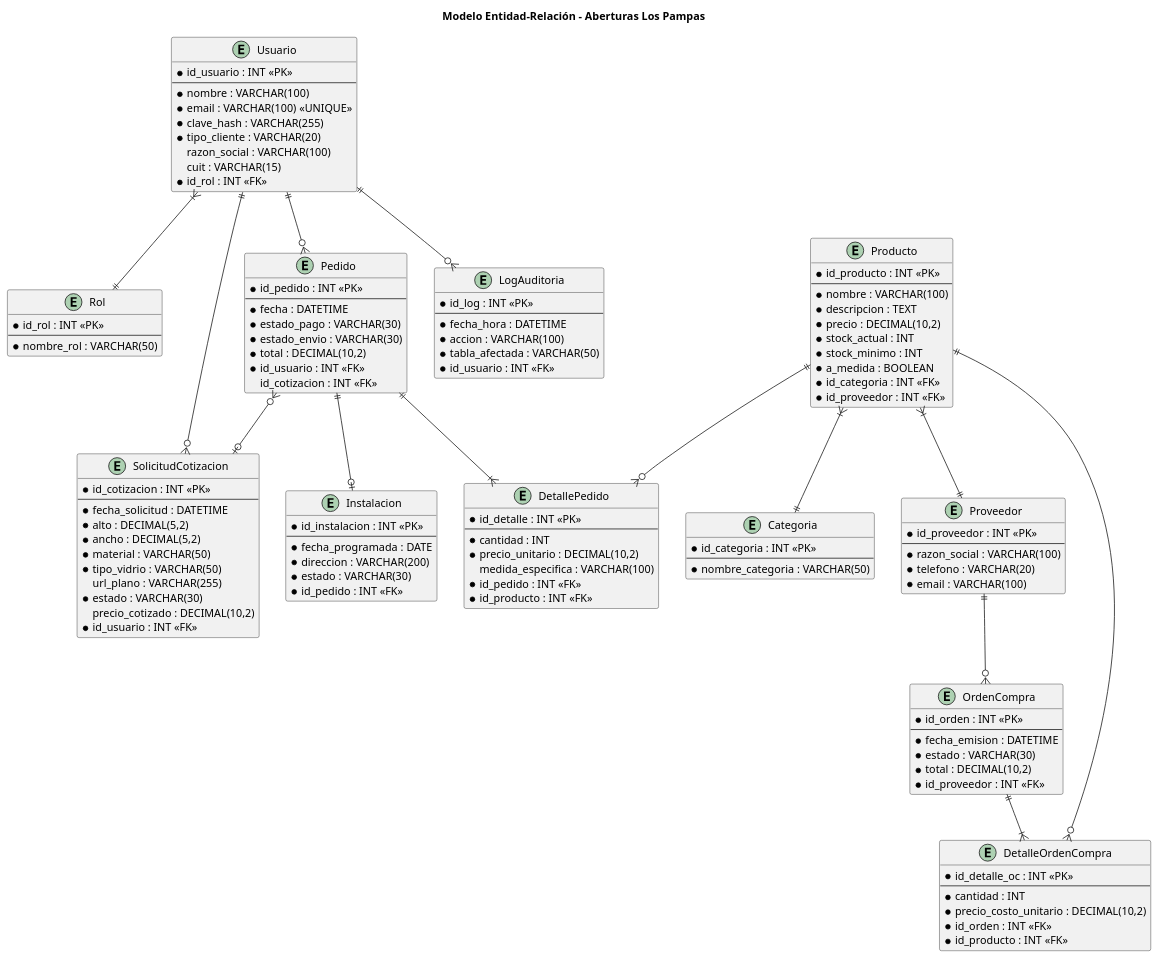
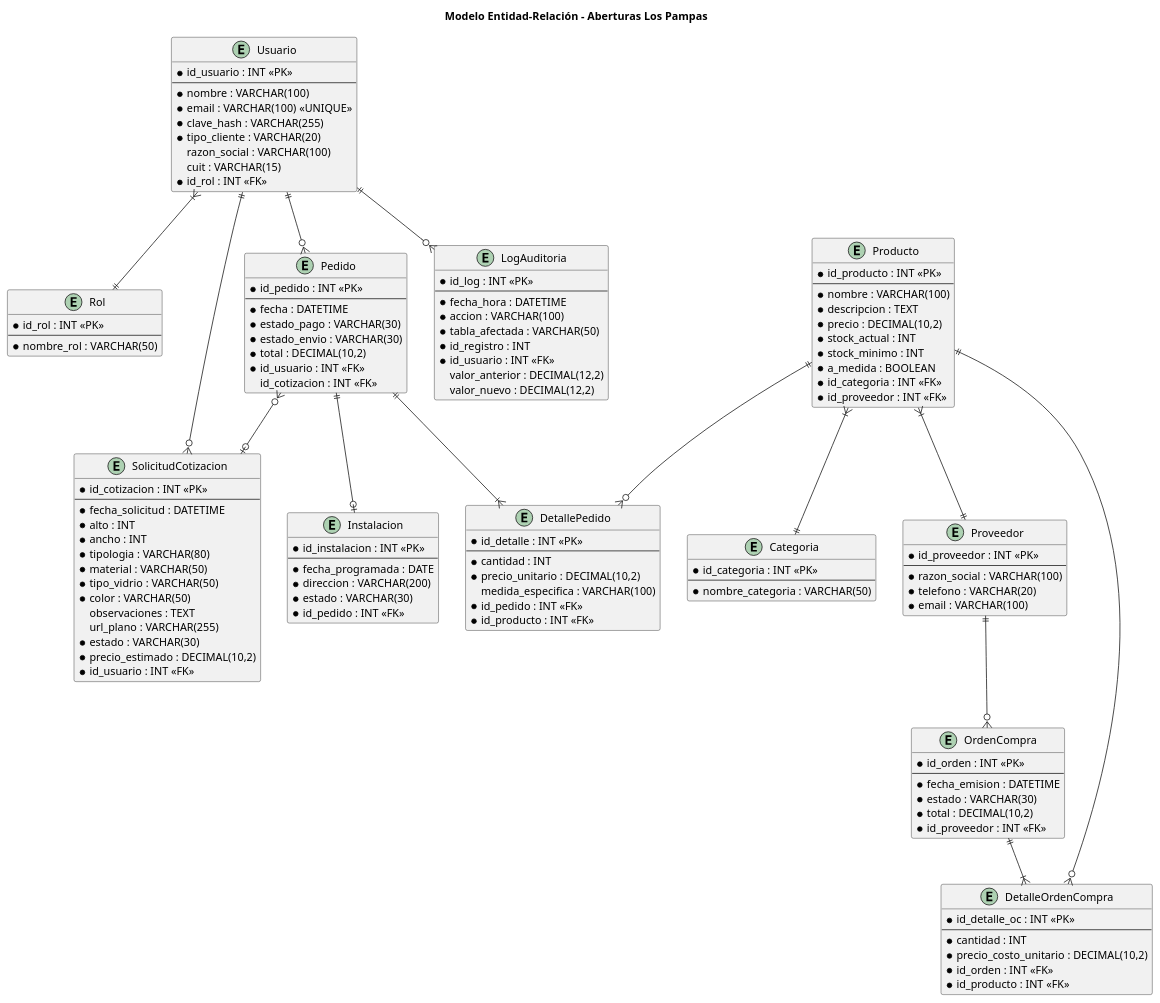
The diagram in diagramas/er.puml (ScagliaUriel/desarrollo-web-aberturas-los-pampas), drawn with PlantUML before and after one commit. The commit also changed 8 other files, not shown here.

```diff
--- a/diagramas/er.puml
+++ b/diagramas/er.puml
@@ -1,134 +1,140 @@
 @startuml
 title Modelo Entidad-Relación - Aberturas Los Pampas
 
 entity "Usuario" as usuario {
   * id_usuario : INT <<PK>>
   --
   * nombre : VARCHAR(100)
   * email : VARCHAR(100) <<UNIQUE>>
   * clave_hash : VARCHAR(255)
   * tipo_cliente : VARCHAR(20)
   razon_social : VARCHAR(100)
   cuit : VARCHAR(15)
   * id_rol : INT <<FK>>
 }
 
 entity "Rol" as rol {
   * id_rol : INT <<PK>>
   --
   * nombre_rol : VARCHAR(50)
 }
 
 entity "Producto" as producto {
   * id_producto : INT <<PK>>
   --
   * nombre : VARCHAR(100)
   * descripcion : TEXT
   * precio : DECIMAL(10,2)
   * stock_actual : INT
   * stock_minimo : INT
   * a_medida : BOOLEAN
   * id_categoria : INT <<FK>>
   * id_proveedor : INT <<FK>>
 }
 
 entity "Categoria" as categoria {
   * id_categoria : INT <<PK>>
   --
   * nombre_categoria : VARCHAR(50)
 }
 
 entity "Proveedor" as proveedor {
   * id_proveedor : INT <<PK>>
   --
   * razon_social : VARCHAR(100)
   * telefono : VARCHAR(20)
   * email : VARCHAR(100)
 }
 
 entity "Pedido" as pedido {
   * id_pedido : INT <<PK>>
   --
   * fecha : DATETIME
   * estado_pago : VARCHAR(30)
   * estado_envio : VARCHAR(30)
   * total : DECIMAL(10,2)
   * id_usuario : INT <<FK>>
   id_cotizacion : INT <<FK>>
 }
 
 entity "DetallePedido" as detalle_pedido {
   * id_detalle : INT <<PK>>
   --
   * cantidad : INT
   * precio_unitario : DECIMAL(10,2)
   medida_especifica : VARCHAR(100)
   * id_pedido : INT <<FK>>
   * id_producto : INT <<FK>>
 }
 
 entity "SolicitudCotizacion" as cotizacion {
   * id_cotizacion : INT <<PK>>
   --
   * fecha_solicitud : DATETIME
-  * alto : DECIMAL(5,2)
-  * ancho : DECIMAL(5,2)
+  * alto : INT
+  * ancho : INT
+  * tipologia : VARCHAR(80)
   * material : VARCHAR(50)
   * tipo_vidrio : VARCHAR(50)
+  * color : VARCHAR(50)
+  observaciones : TEXT
   url_plano : VARCHAR(255)
   * estado : VARCHAR(30)
-  precio_cotizado : DECIMAL(10,2)
+  * precio_estimado : DECIMAL(10,2)
   * id_usuario : INT <<FK>>
 }
 
 entity "Instalacion" as instalacion {
   * id_instalacion : INT <<PK>>
   --
   * fecha_programada : DATE
   * direccion : VARCHAR(200)
   * estado : VARCHAR(30)
   * id_pedido : INT <<FK>>
 }
 
 entity "OrdenCompra" as orden_compra {
   * id_orden : INT <<PK>>
   --
   * fecha_emision : DATETIME
   * estado : VARCHAR(30)
   * total : DECIMAL(10,2)
   * id_proveedor : INT <<FK>>
 }
 
 entity "DetalleOrdenCompra" as detalle_oc {
   * id_detalle_oc : INT <<PK>>
   --
   * cantidad : INT
   * precio_costo_unitario : DECIMAL(10,2)
   * id_orden : INT <<FK>>
   * id_producto : INT <<FK>>
 }
 
 entity "LogAuditoria" as log_auditoria {
   * id_log : INT <<PK>>
   --
   * fecha_hora : DATETIME
   * accion : VARCHAR(100)
   * tabla_afectada : VARCHAR(50)
+  * id_registro : INT
   * id_usuario : INT <<FK>>
+  valor_anterior : DECIMAL(12,2)
+  valor_nuevo : DECIMAL(12,2)
 }
 
 usuario }|--|| rol
 usuario ||--o{ pedido
 usuario ||--o{ cotizacion
 usuario ||--o{ log_auditoria
 producto }|--|| categoria
 producto }|--|| proveedor
 pedido ||--|{ detalle_pedido
 producto ||--o{ detalle_pedido
 pedido ||--o| instalacion
 pedido }o--o| cotizacion
 proveedor ||--o{ orden_compra
 orden_compra ||--|{ detalle_oc
 producto ||--o{ detalle_oc
 
 @enduml
```
